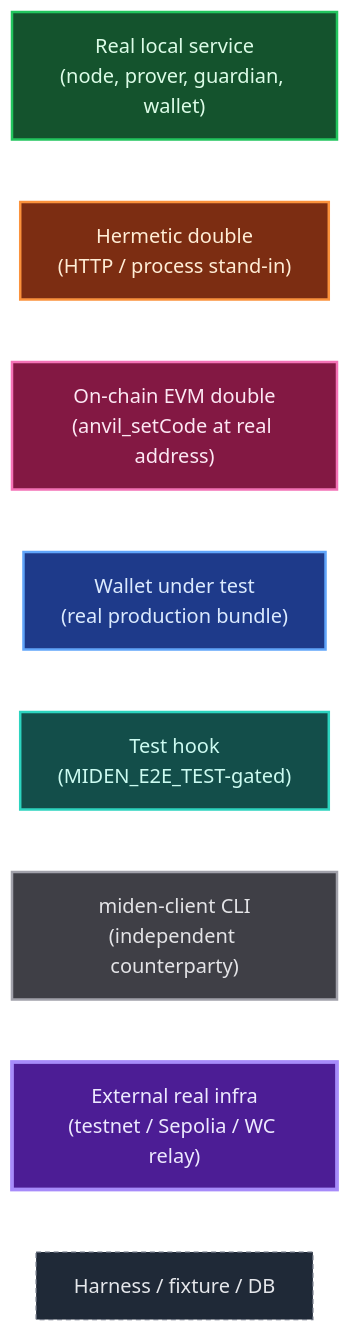
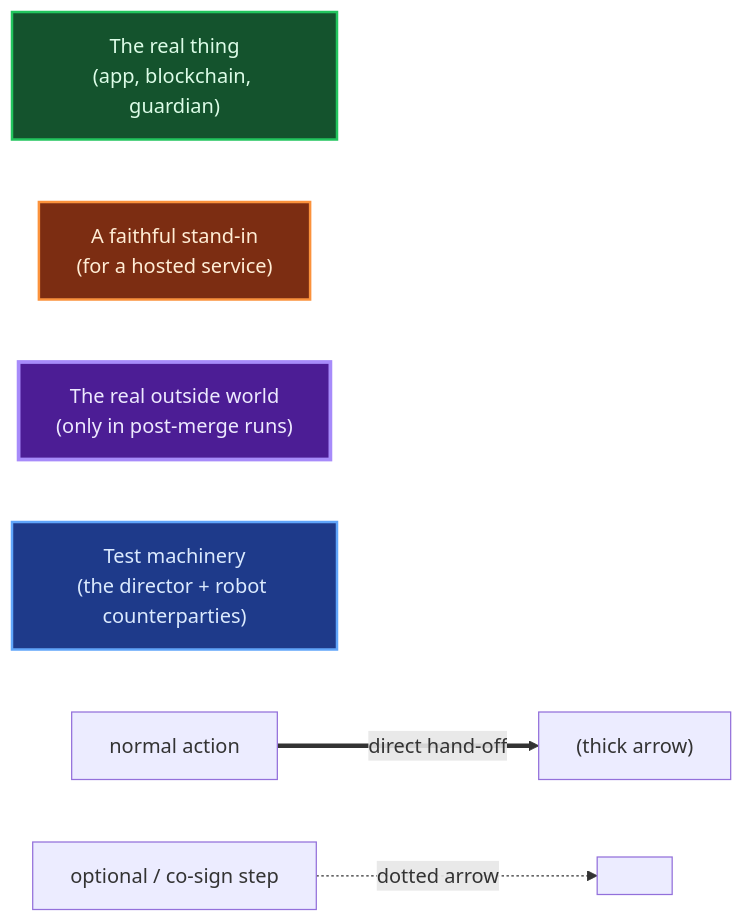
Before and after one commit to 0xMiden/wallet: the first of 8 diagrams in playwright/e2e/docs/e2e-architecture.md, drawn with Mermaid. The commit also changed other lines of this file, not shown here.

Commit message:
docs(e2e): rewrite for a non-Miden audience — plainer language, high-level diagrams, corrected claims

````diff
--- a/playwright/e2e/docs/e2e-architecture.md
+++ b/playwright/e2e/docs/e2e-architecture.md
@@ -13,20 +38,15 @@
 ```mermaid
 flowchart LR
-  R["Real local service<br/>(node, prover, guardian, wallet)"]:::real
-  D["Hermetic double<br/>(HTTP / process stand-in)"]:::double
-  E["On-chain EVM double<br/>(anvil_setCode at real address)"]:::evm
-  W["Wallet under test<br/>(real production bundle)"]:::wallet
-  H["Test hook<br/>(MIDEN_E2E_TEST-gated)"]:::hook
-  C["miden-client CLI<br/>(independent counterparty)"]:::cli
-  X["External real infra<br/>(testnet / Sepolia / WC relay)"]:::ext
-  I["Harness / fixture / DB"]:::infra
+  R["The real thing<br/>(app, blockchain, guardian)"]:::real
+  F["A faithful stand-in<br/>(for a hosted service)"]:::fake
+  W["The real outside world<br/>(only in post-merge runs)"]:::world
+  T["Test machinery<br/>(the director + robot counterparties)"]:::test
+
+  A1["normal action"] ==>|"direct hand-off"| A2["(thick arrow)"]
+  A3["optional / co-sign step"] -.->|"dotted arrow"| A4[" "]
 
   classDef real fill:#14532d,stroke:#22c55e,stroke-width:2px,color:#dcfce7;
-  classDef double fill:#7c2d12,stroke:#fb923c,stroke-width:2px,color:#ffedd5;
-  classDef evm fill:#831843,stroke:#f472b6,stroke-width:2px,color:#fce7f3;
-  classDef wallet fill:#1e3a8a,stroke:#60a5fa,stroke-width:2px,color:#dbeafe;
-  classDef hook fill:#134e4a,stroke:#2dd4bf,stroke-width:2px,color:#ccfbf1;
-  classDef cli fill:#3f3f46,stroke:#a1a1aa,stroke-width:2px,color:#e4e4e7;
-  classDef ext fill:#4c1d95,stroke:#a78bfa,stroke-width:3px,color:#ede9fe;
-  classDef infra fill:#1f2937,stroke:#6b7280,stroke-width:1px,color:#e5e7eb,stroke-dasharray:4 3;
+  classDef fake fill:#7c2d12,stroke:#fb923c,stroke-width:2px,color:#ffedd5;
+  classDef world fill:#4c1d95,stroke:#a78bfa,stroke-width:3px,color:#ede9fe;
+  classDef test fill:#1e3a8a,stroke:#60a5fa,stroke-width:2px,color:#dbeafe;
 ```
````
